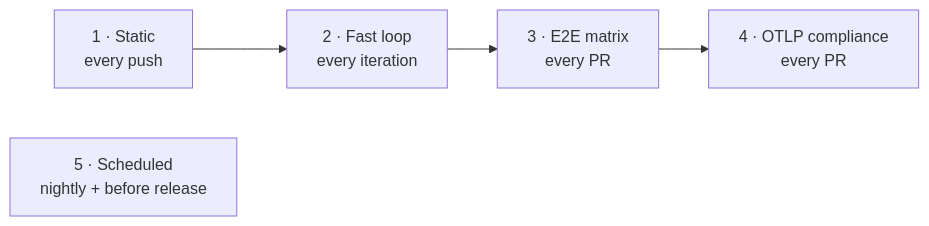
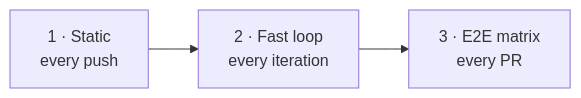
One commit to callstack/react-native-open-telemetry changed the fifth of 5 diagrams in docs/superpowers/specs/2026-11-10-rn-otel-design.md. Above: the diagram before and after it, drawn with Mermaid. The commit also changed other lines of this file and 24 other files, not shown here.

````diff
--- a/docs/superpowers/specs/2026-11-10-rn-otel-design.md
+++ b/docs/superpowers/specs/2026-11-10-rn-otel-design.md
@@ -752,5 +744,4 @@
 ```mermaid
 flowchart LR
-  s1["1 · Static<br/>every push"] --> s2["2 · Fast loop<br/>every iteration"] --> s3["3 · E2E matrix<br/>every PR"] --> s4["4 · OTLP compliance<br/>every PR"]
-  s5["5 · Scheduled<br/>nightly + before release"]
+  s1["1 · Static<br/>every push"] --> s2["2 · Fast loop<br/>every iteration"] --> s3["3 · E2E matrix<br/>every PR"]
 ```
````
